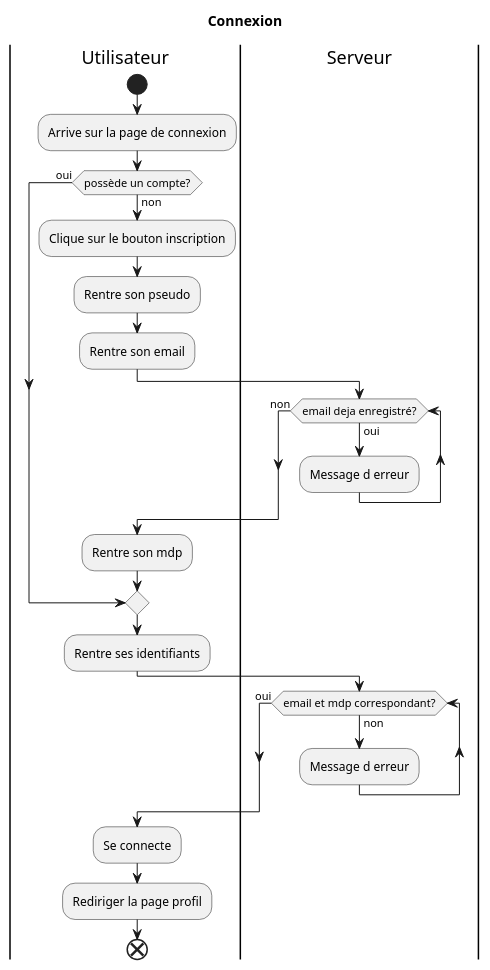
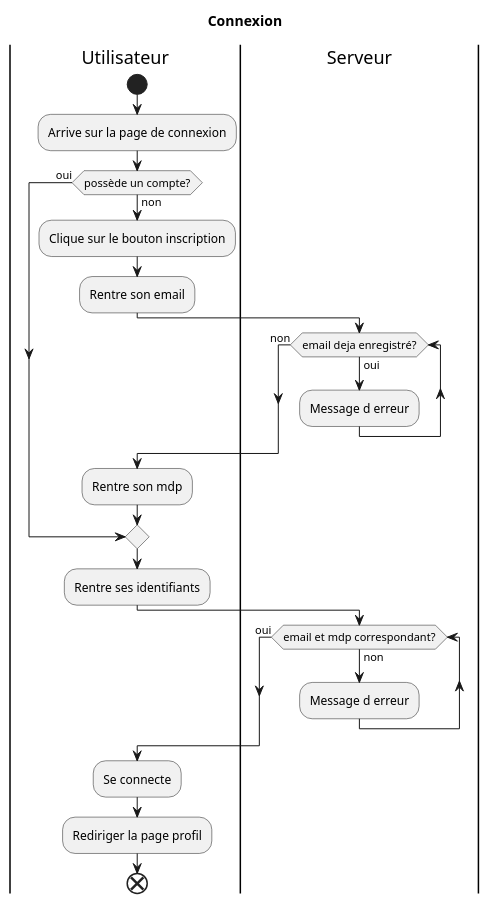
The diagram in Conception/diagrammeActivité/connexionUser.puml (RodrigueBotte/circuitVert), drawn with PlantUML before and after one commit. The commit also changed 14 other files, not shown here.

```diff
--- a/Conception/diagrammeActivité/connexionUser.puml
+++ b/Conception/diagrammeActivité/connexionUser.puml
@@ -1,29 +1,28 @@
 @startuml Diagramme Activités Connexion
 title Connexion
 
 |Utilisateur|
 start 
 :Arrive sur la page de connexion;
 if (possède un compte?) then (non)
     :Clique sur le bouton inscription;
-    :Rentre son pseudo;
     :Rentre son email;
     |Serveur|
     while (email deja enregistré?) is (oui)
         :Message d erreur;
     endwhile (non) 
     |Utilisateur|
     :Rentre son mdp;
 else (oui)
 endif
 :Rentre ses identifiants;
 |Serveur|
 while (email et mdp correspondant?) is (non)
     :Message d erreur;
 endwhile (oui) 
 |Utilisateur|
 :Se connecte;
 :Rediriger la page profil;
 end
 
 @enduml
```
